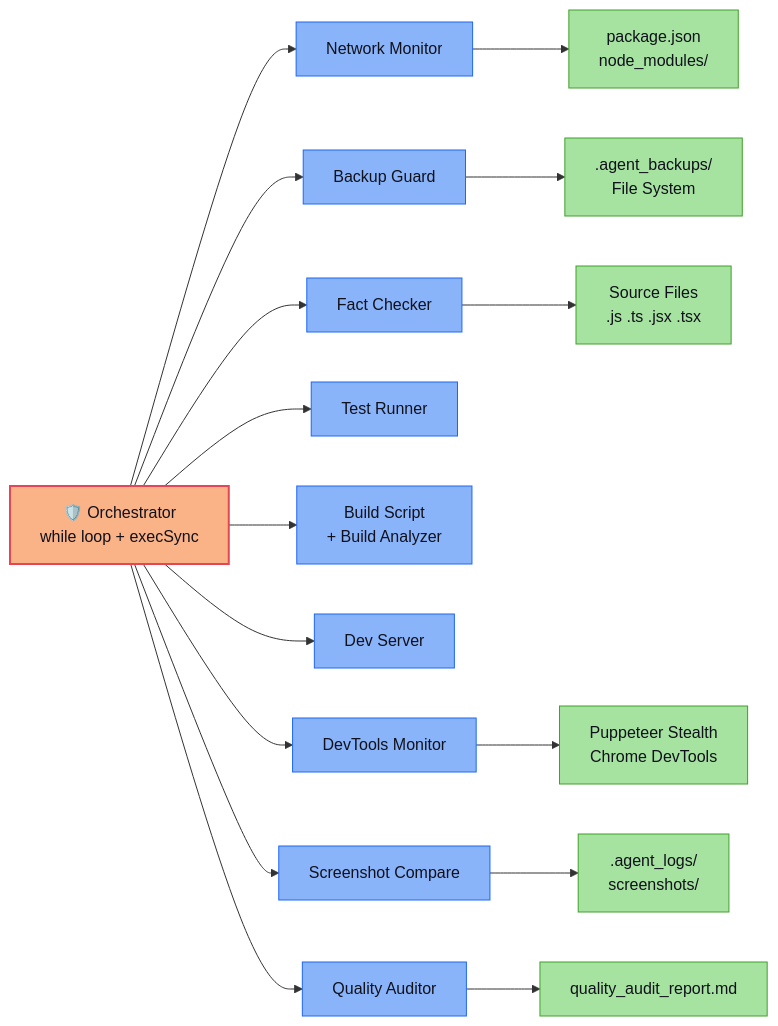
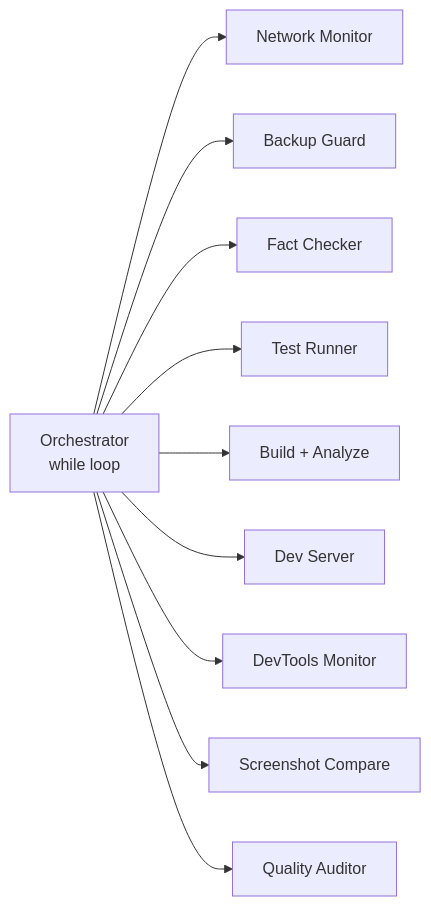
The first of 2 diagrams in README.md (ntd25022006q/universal-agent-enforcer), drawn with Mermaid before and after one commit. The commit also changed other lines of this file, not shown here.

First line of the commit message:
docs: design interactive README with centered layout, badges, and flowcharts

````diff
--- a/README.md
+++ b/README.md
@@ -68,23 +42,12 @@
 ```mermaid
-graph LR
-    classDef orch fill:#fab387,stroke:#e64553,stroke-width:2px,color:#11111b
-    classDef script fill:#89b4fa,stroke:#1e66f5,stroke-width:1px,color:#11111b
-    classDef io fill:#a6e3a1,stroke:#40a02b,stroke-width:1px,color:#11111b
-
-    ORCH[🛡️ Orchestrator<br/>while loop + execSync]:::orch --> NET[Network Monitor]:::script
-    ORCH --> BAK[Backup Guard]:::script
-    ORCH --> FACT[Fact Checker]:::script
-    ORCH --> TEST[Test Runner]:::script
-    ORCH --> BUILD[Build Script<br/>+ Build Analyzer]:::script
-    ORCH --> SERVER[Dev Server]:::script
-    ORCH --> CDP[DevTools Monitor]:::script
-    ORCH --> VIS[Screenshot Compare]:::script
-    ORCH --> AUDIT[Quality Auditor]:::script
-
-    NET --> PKG[package.json<br/>node_modules/]:::io
-    FACT --> SRC[Source Files<br/>.js .ts .jsx .tsx]:::io
-    BAK --> FS[.agent_backups/<br/>File System]:::io
-    CDP --> BROWSER[Puppeteer Stealth<br/>Chrome DevTools]:::io
-    VIS --> SCREEN[.agent_logs/<br/>screenshots/]:::io
-    AUDIT --> REPORT[quality_audit_report.md]:::io
+flowchart LR
+    ORCH[Orchestrator<br/>while loop] --> NET[Network Monitor]
+    ORCH --> BAK[Backup Guard]
+    ORCH --> FACT[Fact Checker]
+    ORCH --> TEST[Test Runner]
+    ORCH --> BUILD[Build + Analyze]
+    ORCH --> SERVER[Dev Server]
+    ORCH --> CDP[DevTools Monitor]
+    ORCH --> VIS[Screenshot Compare]
+    ORCH --> AUDIT[Quality Auditor]
 ```
````
